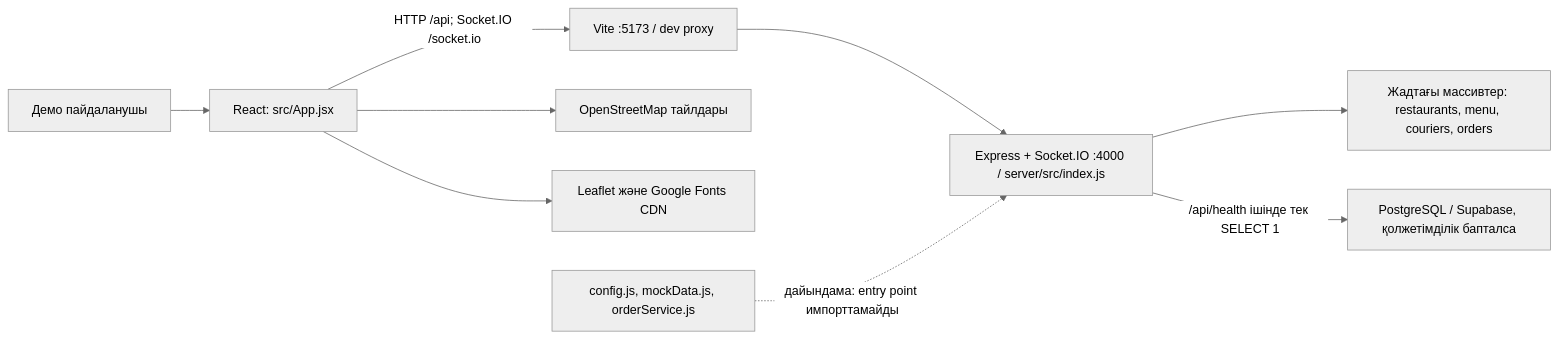
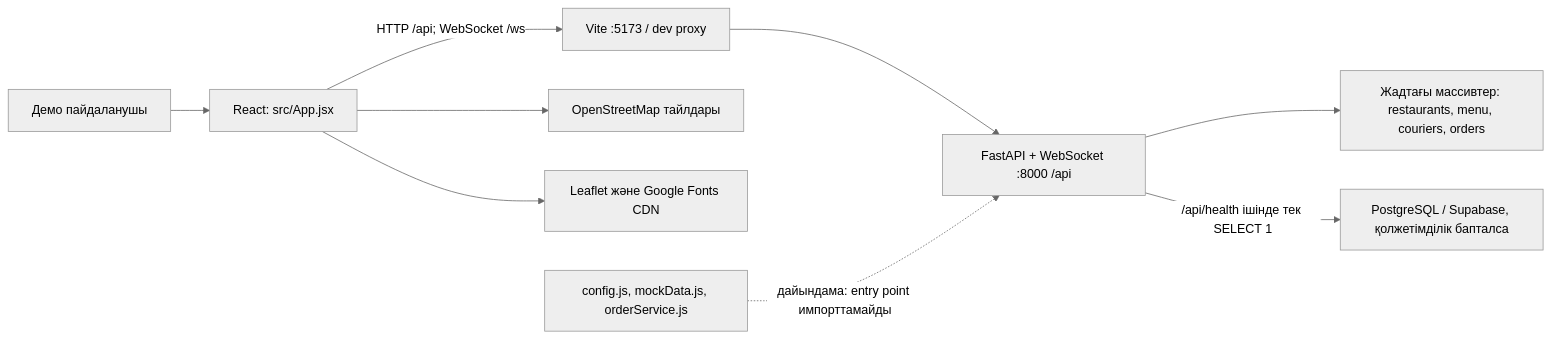
One commit to Akira-vs96/YaGO changed the first of 3 diagrams in docs/week-02/p2/kk/02-system-architecture.md. Above: the diagram before and after it, drawn with Mermaid (neutral theme). The commit also changed other lines of this file and 27 other files, not shown here.

````diff
--- a/docs/week-02/p2/kk/02-system-architecture.md
+++ b/docs/week-02/p2/kk/02-system-architecture.md
@@ -13,11 +17,11 @@
 ```mermaid
 flowchart LR
     User["Демо пайдаланушы"] --> UI["React: src/App.jsx"]
-    UI -->|"HTTP /api; Socket.IO /socket.io"| Vite["Vite :5173 / dev proxy"]
-    Vite --> API["Express + Socket.IO :4000 / server/src/index.js"]
+    UI -->|"HTTP /api; WebSocket /ws"| Vite["Vite :5173 / dev proxy"]
+    Vite --> API["FastAPI + WebSocket :8000 /api"]
     API --> Memory["Жадтағы массивтер: restaurants, menu, couriers, orders"]
     API -->|"/api/health ішінде тек SELECT 1"| PG["PostgreSQL / Supabase, қолжетімділік бапталса"]
     UI --> Tiles["OpenStreetMap тайлдары"]
     UI --> CDN["Leaflet және Google Fonts CDN"]
     Drafts["config.js, mockData.js, orderService.js"] -.->|"дайындама: entry point импорттамайды"| API
 ```
````
